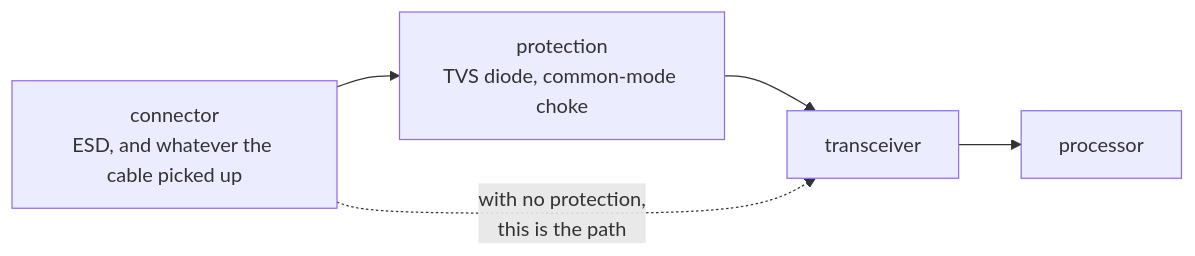
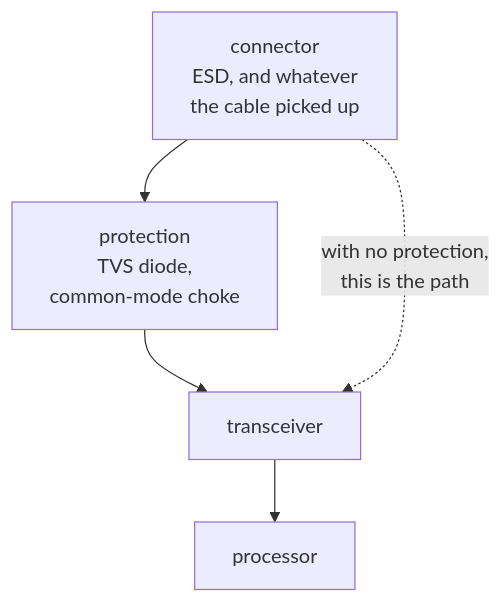
Before and after one commit to panyam/agni: the diagram in docsite/content/reference/terms/port-protection.md, drawn with Mermaid. The commit also changed 4 other files, not shown here.

````diff
--- a/docsite/content/reference/terms/port-protection.md
+++ b/docsite/content/reference/terms/port-protection.md
@@ -15,7 +15,7 @@
 ```mermaid
-flowchart LR
-    C["connector<br/>ESD, and whatever the cable picked up"] --> P["protection<br/>TVS diode, common-mode choke"]
+flowchart TB
+    C["connector<br/>ESD, and whatever<br/>the cable picked up"] --> P["protection<br/>TVS diode,<br/>common-mode choke"]
     P --> X["transceiver"]
     X --> M["processor"]
     C -.->|"with no protection,<br/>this is the path"| X
 ```
````
